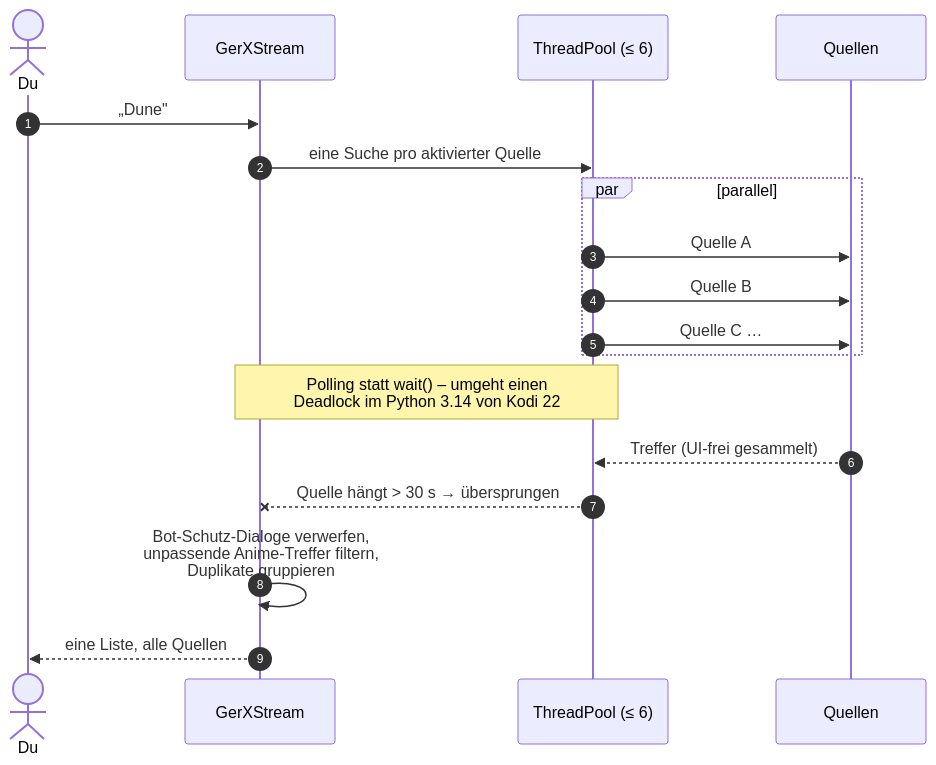
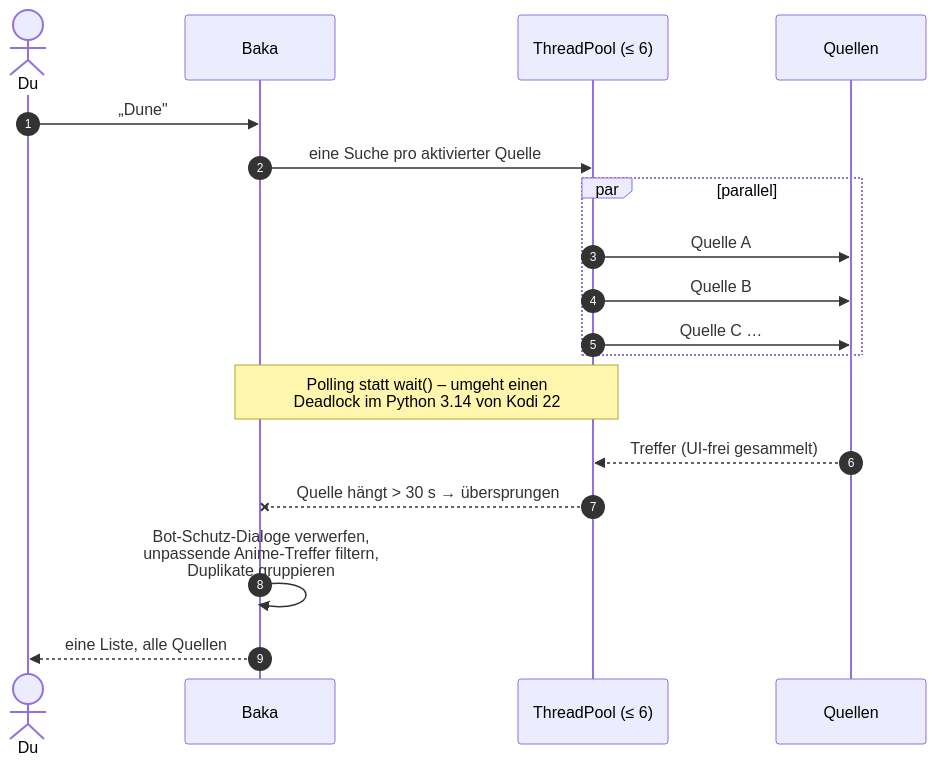
One commit to flowinthefluid/baka changed the second of 2 diagrams in README.md. Above: the diagram before and after it, drawn with Mermaid. The commit also changed other lines of this file and 90 other files, not shown here.

First line of the commit message:
Rename GerXStream to Baka

````diff
--- a/README.md
+++ b/README.md
@@ -314,20 +319,20 @@
 ```mermaid
 sequenceDiagram
     autonumber
     actor Du
-    participant GX as GerXStream
+    participant GX as Baka
     participant Pool as ThreadPool (≤ 6)
     participant Q as Quellen
     Du->>GX: „Dune"
     GX->>Pool: eine Suche pro aktivierter Quelle
     par parallel
         Pool->>Q: Quelle A
         Pool->>Q: Quelle B
         Pool->>Q: Quelle C …
     end
     Note over GX,Pool: Polling statt wait() – umgeht einen<br/>Deadlock im Python 3.14 von Kodi 22
     Q-->>Pool: Treffer (UI-frei gesammelt)
     Pool--xGX: Quelle hängt > 30 s → übersprungen
     GX->>GX: Bot-Schutz-Dialoge verwerfen,<br/>unpassende Anime-Treffer filtern,<br/>Duplikate gruppieren
     GX-->>Du: eine Liste, alle Quellen
 ```
````
